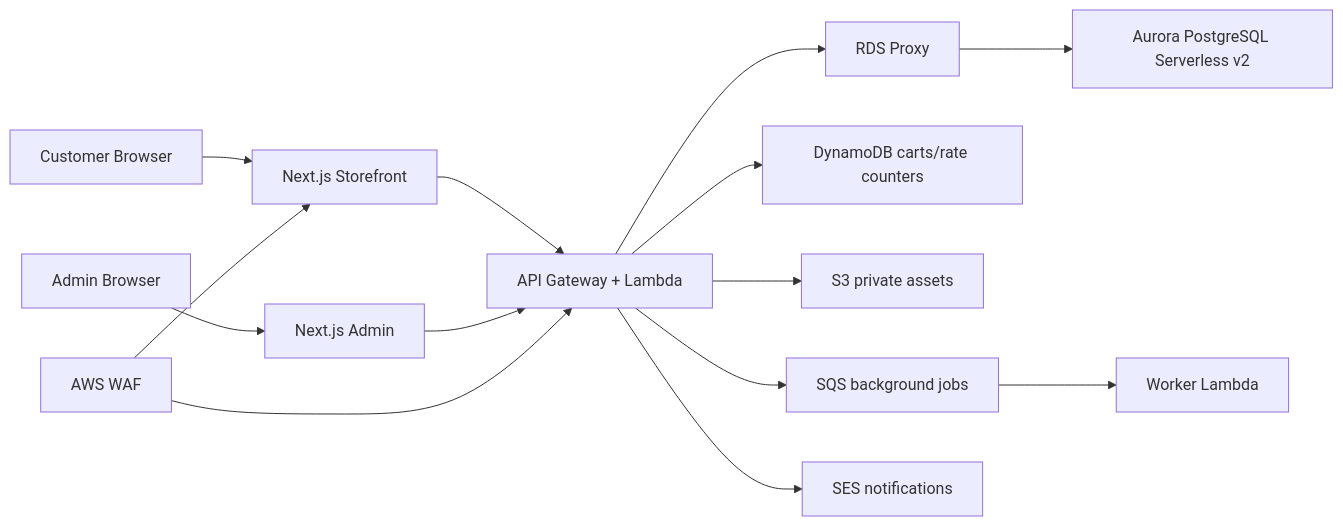
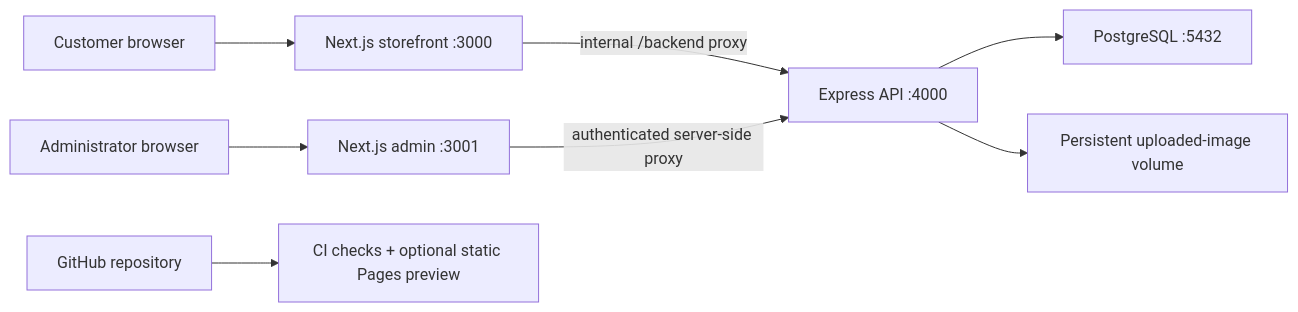
The first of 2 diagrams in docs/architecture.md (Aktham-Shamsah/luccello-commerce), drawn with Mermaid before and after one commit. The commit also changed other lines of this file and 43 other files, not shown here.

````diff
--- a/docs/architecture.md
+++ b/docs/architecture.md
@@ -3,16 +5,10 @@
 ```mermaid
 flowchart LR
-  User["Customer Browser"] --> Storefront["Next.js Storefront"]
-  AdminUser["Admin Browser"] --> Admin["Next.js Admin"]
-  Storefront --> Api["API Gateway + Lambda"]
-  Admin --> Api
-  Api --> RdsProxy["RDS Proxy"]
-  RdsProxy --> Aurora["Aurora PostgreSQL Serverless v2"]
-  Api --> Dynamo["DynamoDB carts/rate counters"]
-  Api --> S3["S3 private assets"]
-  Api --> SQS["SQS background jobs"]
-  SQS --> Worker["Worker Lambda"]
-  Api --> SES["SES notifications"]
-  WAF["AWS WAF"] --> Storefront
-  WAF --> Api
+  Shopper["Customer browser"] --> Storefront["Next.js storefront :3000"]
+  Manager["Administrator browser"] --> Admin["Next.js admin :3001"]
+  Storefront -->|"internal /backend proxy"| API["Express API :4000"]
+  Admin -->|"authenticated server-side proxy"| API
+  API --> DB["PostgreSQL :5432"]
+  API --> Uploads["Persistent uploaded-image volume"]
+  GitHub["GitHub repository"] --> Actions["CI checks + optional static Pages preview"]
 ```
````
